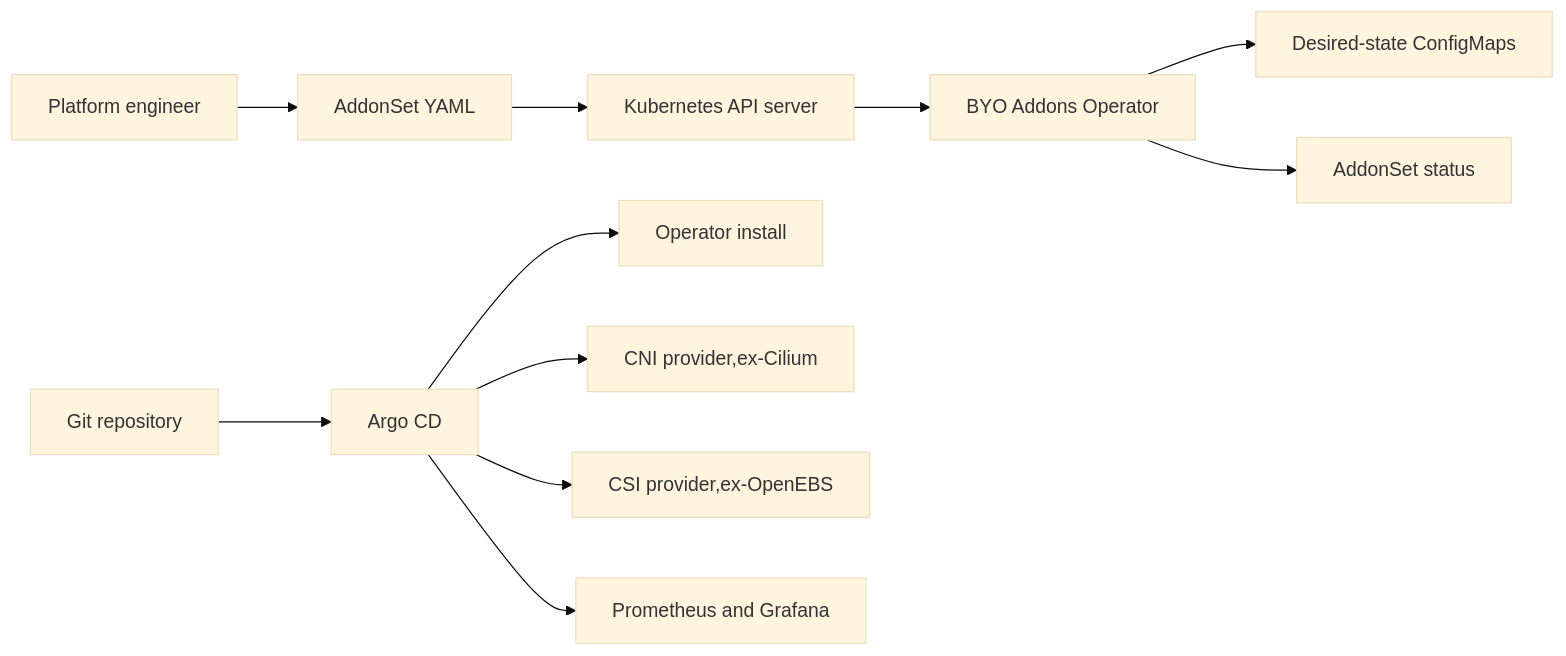
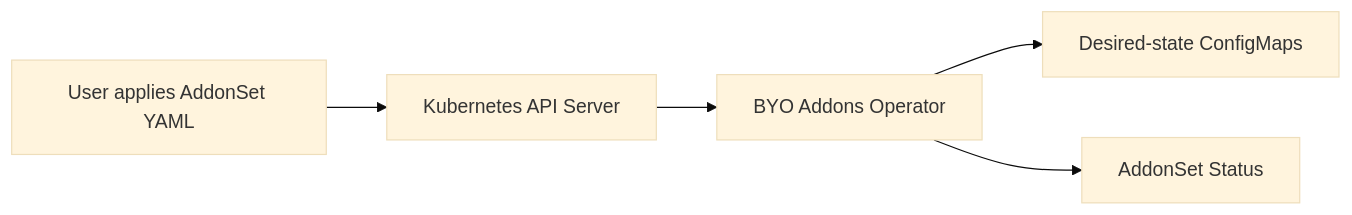
The first of 2 diagrams in README.md (CodesbyUnnati/BYO-Addons), drawn with Mermaid (base theme) before and after one commit. The commit also changed other lines of this file and 26 other files, not shown here.

````diff
--- a/README.md
+++ b/README.md
@@ -82,13 +51,7 @@
 ```mermaid
 flowchart LR
-  User["Platform engineer"] --> AddonSet["AddonSet YAML"]
-  AddonSet --> API["Kubernetes API server"]
+  User["User applies AddonSet YAML"] --> API["Kubernetes API Server"]
   API --> Operator["BYO Addons Operator"]
   Operator --> ConfigMaps["Desired-state ConfigMaps"]
-  Operator --> Status["AddonSet status"]
-  Git["Git repository"] --> Argo["Argo CD"]
-  Argo --> OperatorInstall["Operator install"]
-  Argo --> CNI["CNI provider,ex-Cilium"]
-  Argo --> CSI["CSI provider,ex-OpenEBS"]
-  Argo --> Observability["Prometheus and Grafana"]
+  Operator --> Status["AddonSet Status"]
 ```
````
